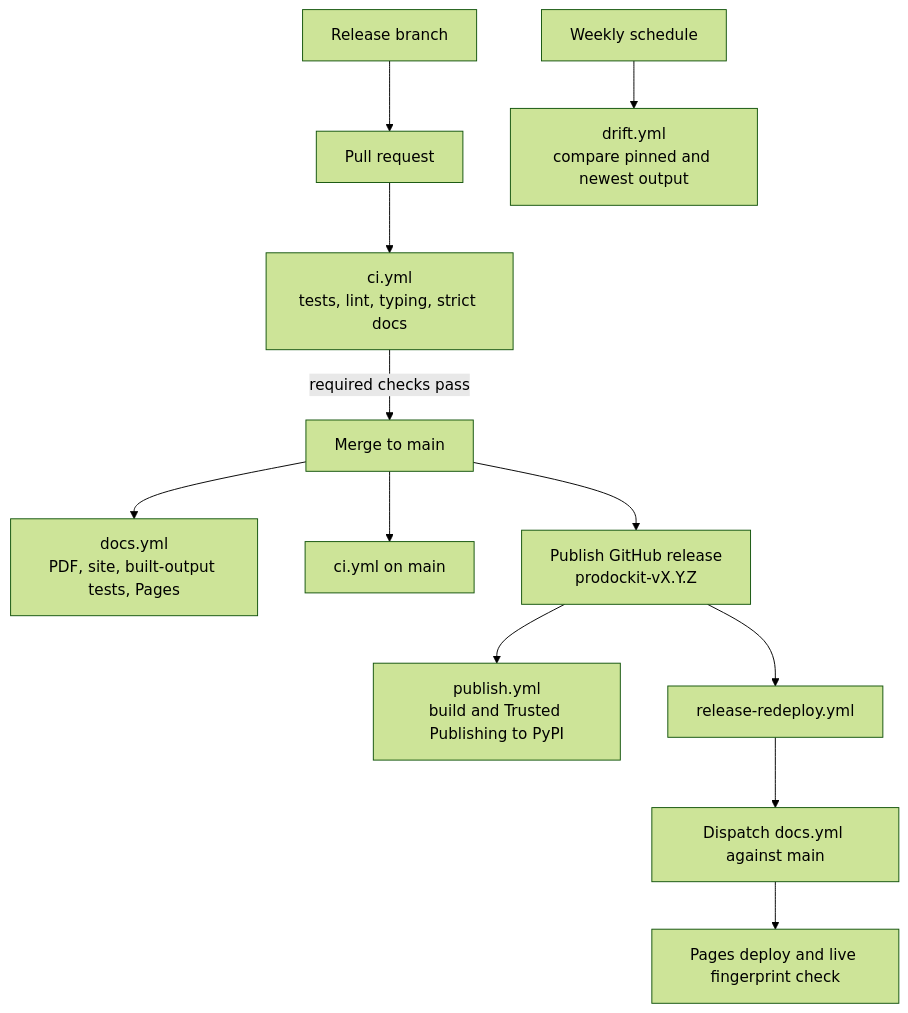
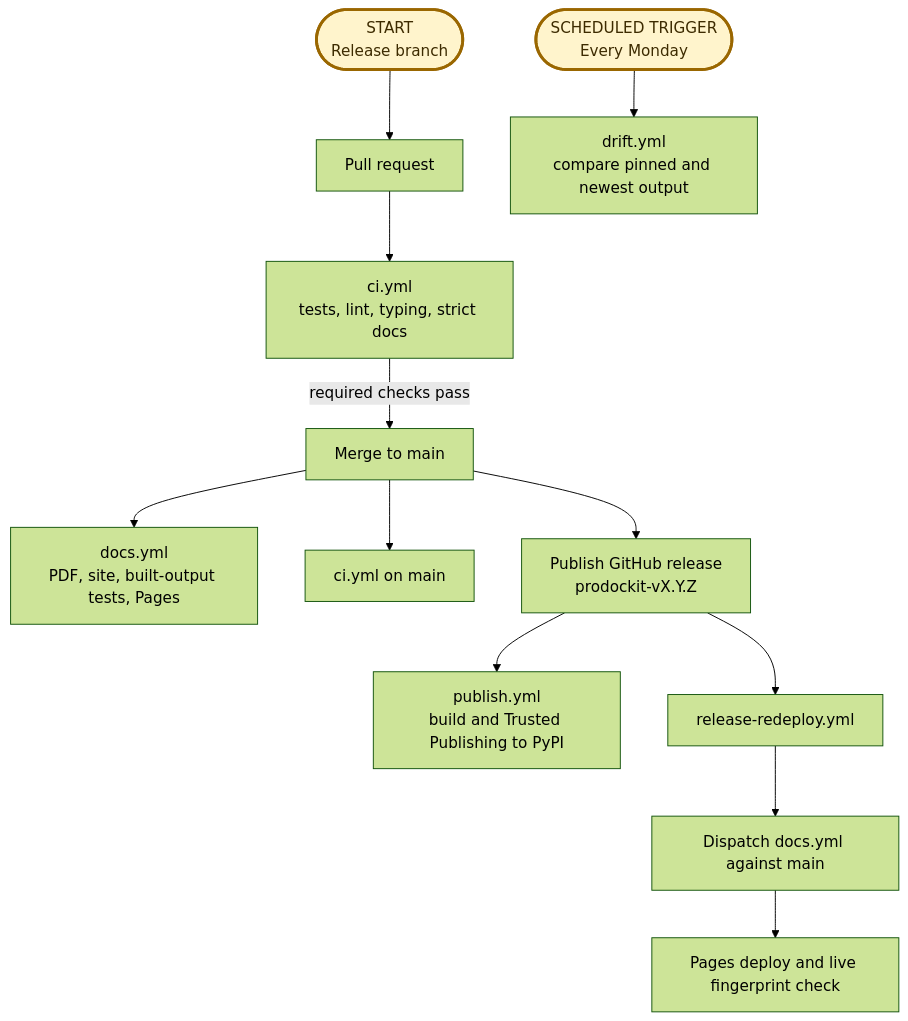
One commit to buckwem/prodockit-extensions changed the diagram in docs/devcons/releasing.md. Above: the diagram before and after it, drawn with Mermaid (forest theme). The commit also changed other lines of this file and 1 other file, not shown here.

Commit message:
docs: distinguish release workflow entry points

````diff
--- a/docs/devcons/releasing.md
+++ b/docs/devcons/releasing.md
@@ -23,14 +23,16 @@
 ```mermaid
 flowchart TD
-    branch[Release branch] --> pr[Pull request]
+    branch([START<br>Release branch]):::entry --> pr[Pull request]
     pr --> ci[ci.yml<br>tests, lint, typing, strict docs]
     ci -->|required checks pass| merge[Merge to main]
     merge --> docs[docs.yml<br>PDF, site, built-output tests, Pages]
     merge --> mainci[ci.yml on main]
     merge --> release[Publish GitHub release<br>prodockit-vX.Y.Z]
     release --> pypi[publish.yml<br>build and Trusted Publishing to PyPI]
     release --> redeploy[release-redeploy.yml]
     redeploy --> dispatch[Dispatch docs.yml against main]
     dispatch --> live[Pages deploy and live fingerprint check]
-    schedule[Weekly schedule] --> drift[drift.yml<br>compare pinned and newest output]
+    schedule([SCHEDULED TRIGGER<br>Every Monday]):::entry --> drift[drift.yml<br>compare pinned and newest output]
+
+    classDef entry fill:#fff4cc,stroke:#9a6700,stroke-width:3px,color:#3d2b00
 ```
````
